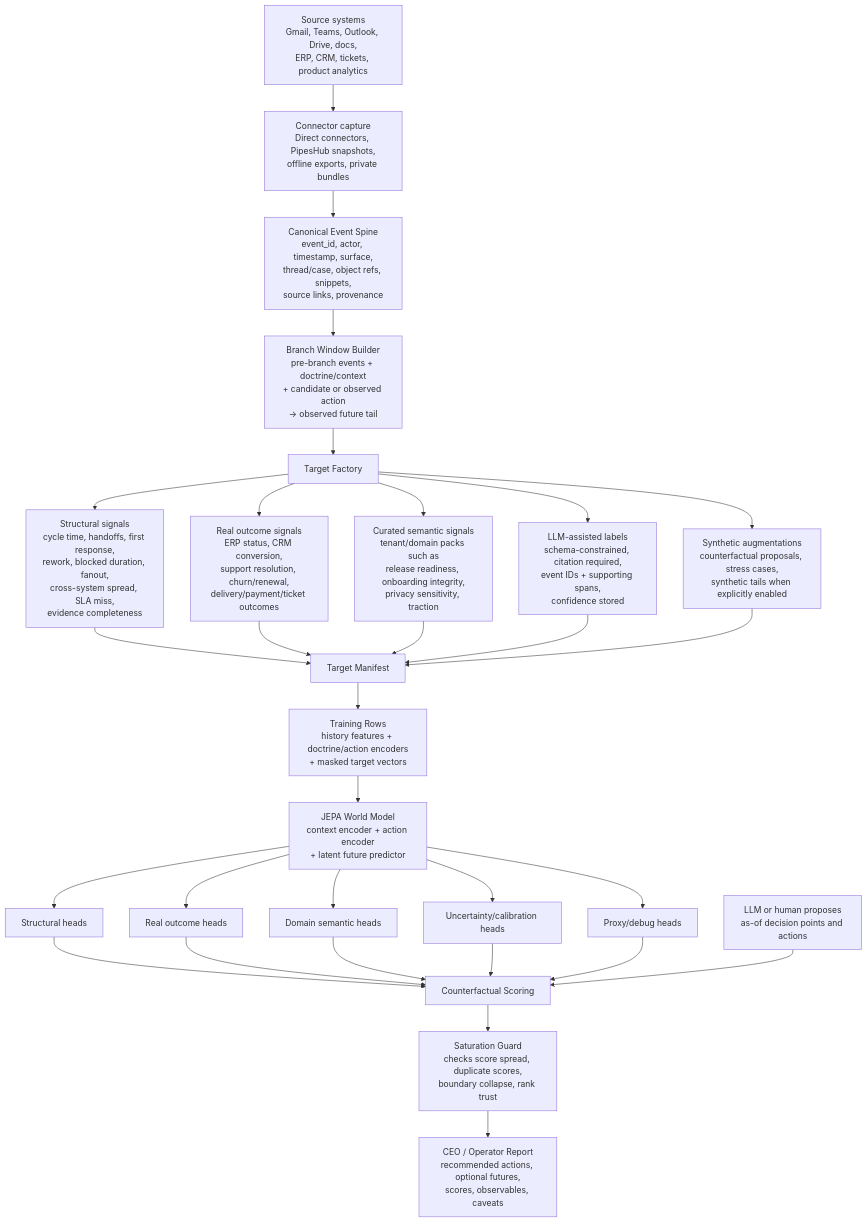
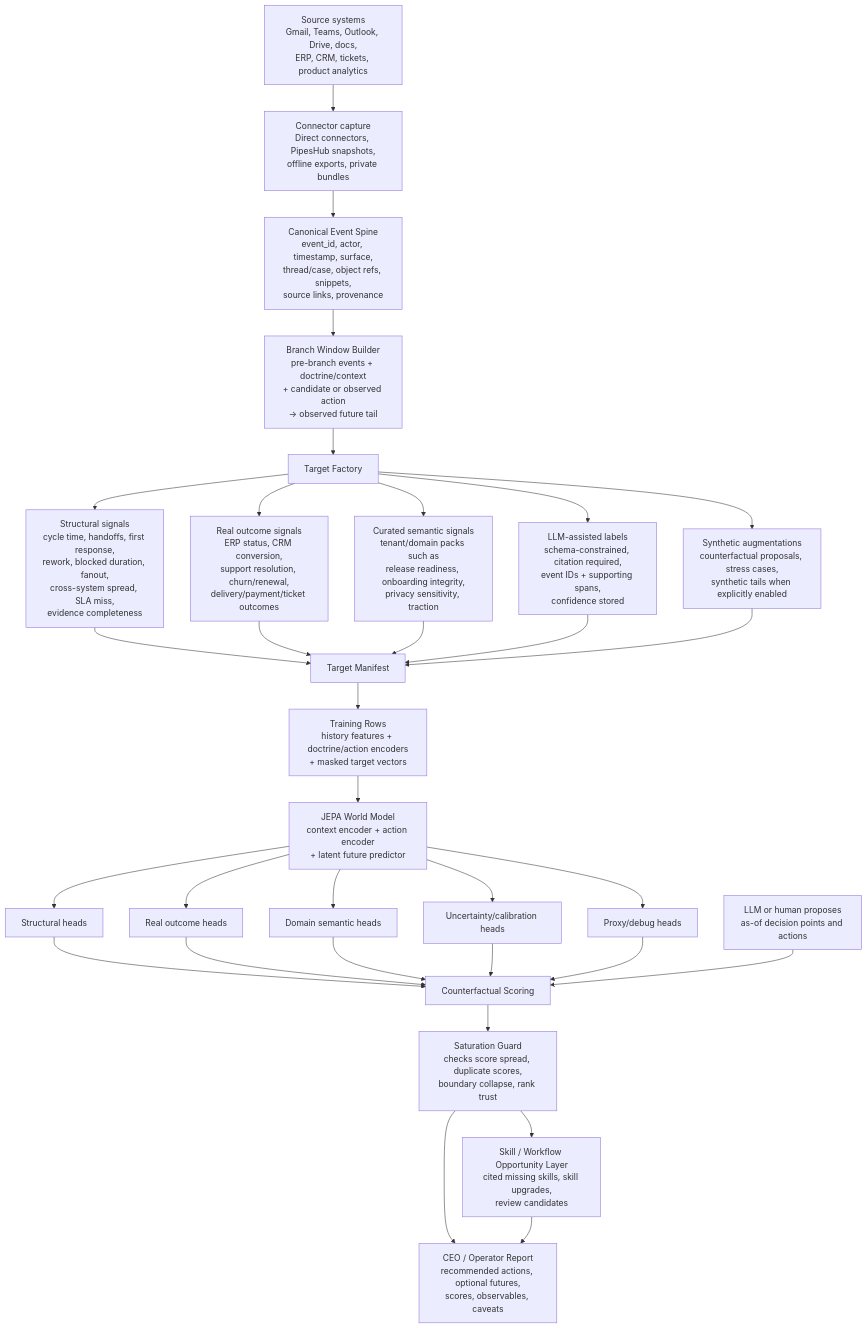
Before and after one commit to rezendi/vei: the diagram in docs/WORLD_MODEL_TRAINING.md, drawn with Mermaid. The commit also changed other lines of this file and 8 other files, not shown here.

````diff
--- a/docs/WORLD_MODEL_TRAINING.md
+++ b/docs/WORLD_MODEL_TRAINING.md
@@ -20,40 +20,42 @@
 ```mermaid
 flowchart TD
     A["Source systems<br/>Gmail, Teams, Outlook, Drive, docs,<br/>ERP, CRM, tickets, product analytics"] --> B["Connector capture<br/>Direct connectors, PipesHub snapshots,<br/>offline exports, private bundles"]
     B --> C["Canonical Event Spine<br/>event_id, actor, timestamp, surface,<br/>thread/case, object refs, snippets,<br/>source links, provenance"]
 
     C --> D["Branch Window Builder<br/>pre-branch events + doctrine/context<br/>+ candidate or observed action<br/>-> observed future tail"]
 
     D --> E["Target Factory"]
 
     E --> E1["Structural signals<br/>cycle time, handoffs, first response,<br/>rework, blocked duration, fanout,<br/>cross-system spread, SLA miss,<br/>evidence completeness"]
     E --> E2["Real outcome signals<br/>ERP status, CRM conversion,<br/>support resolution, churn/renewal,<br/>delivery/payment/ticket outcomes"]
     E --> E3["Curated semantic signals<br/>tenant/domain packs such as<br/>release readiness, onboarding integrity,<br/>privacy sensitivity, traction"]
     E --> E4["LLM-assisted labels<br/>schema-constrained, citation required,<br/>event IDs + supporting spans,<br/>confidence stored"]
     E --> E5["Synthetic augmentations<br/>counterfactual proposals, stress cases,<br/>synthetic tails when explicitly enabled"]
 
     E1 --> F["Target Manifest"]
     E2 --> F
     E3 --> F
     E4 --> F
     E5 --> F
 
     F --> G["Training Rows<br/>history features + doctrine/action encoders<br/>+ masked target vectors"]
     G --> H["JEPA World Model<br/>context encoder + action encoder<br/>+ latent future predictor"]
 
     H --> I1["Structural heads"]
     H --> I2["Real outcome heads"]
     H --> I3["Domain semantic heads"]
     H --> I4["Uncertainty/calibration heads"]
     H --> I5["Proxy/debug heads"]
 
     I1 --> J["Counterfactual Scoring"]
     I2 --> J
     I3 --> J
     I4 --> J
     I5 --> J
 
     K["LLM or human proposes<br/>as-of decision points and actions"] --> J
     J --> L["Saturation Guard<br/>checks score spread, duplicate scores,<br/>boundary collapse, rank trust"]
     L --> M["CEO / Operator Report<br/>recommended actions, optional futures,<br/>scores, observables, caveats"]
+    L --> N["Skill / Workflow Opportunity Layer<br/>cited missing skills, skill upgrades,<br/>review candidates"]
+    N --> M
 ```
````
